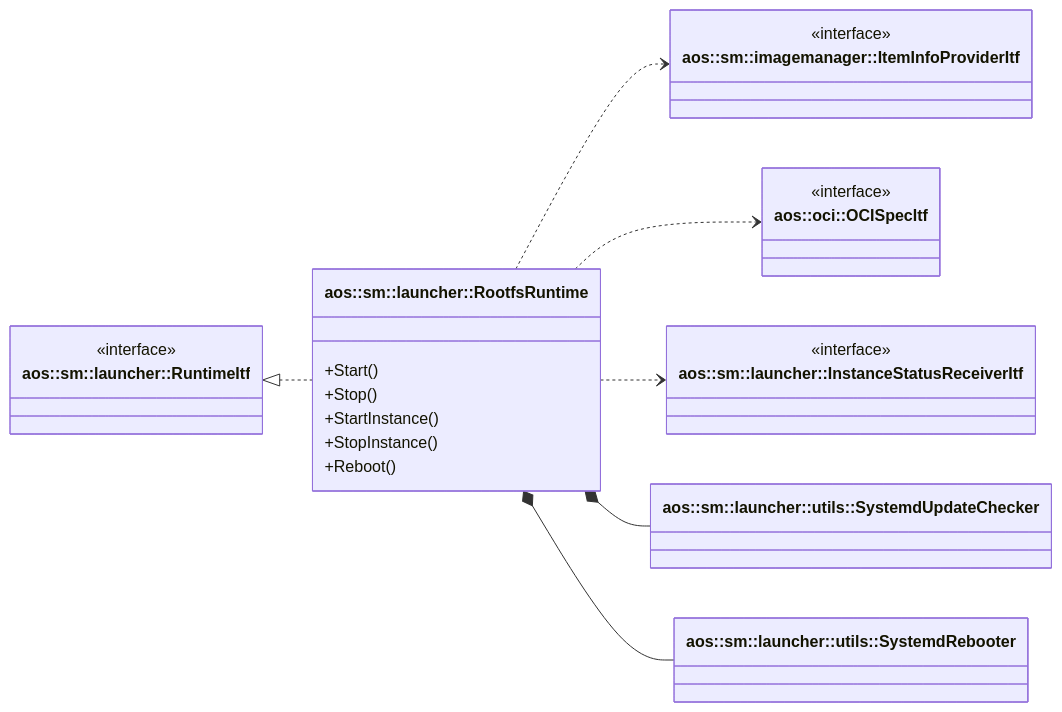
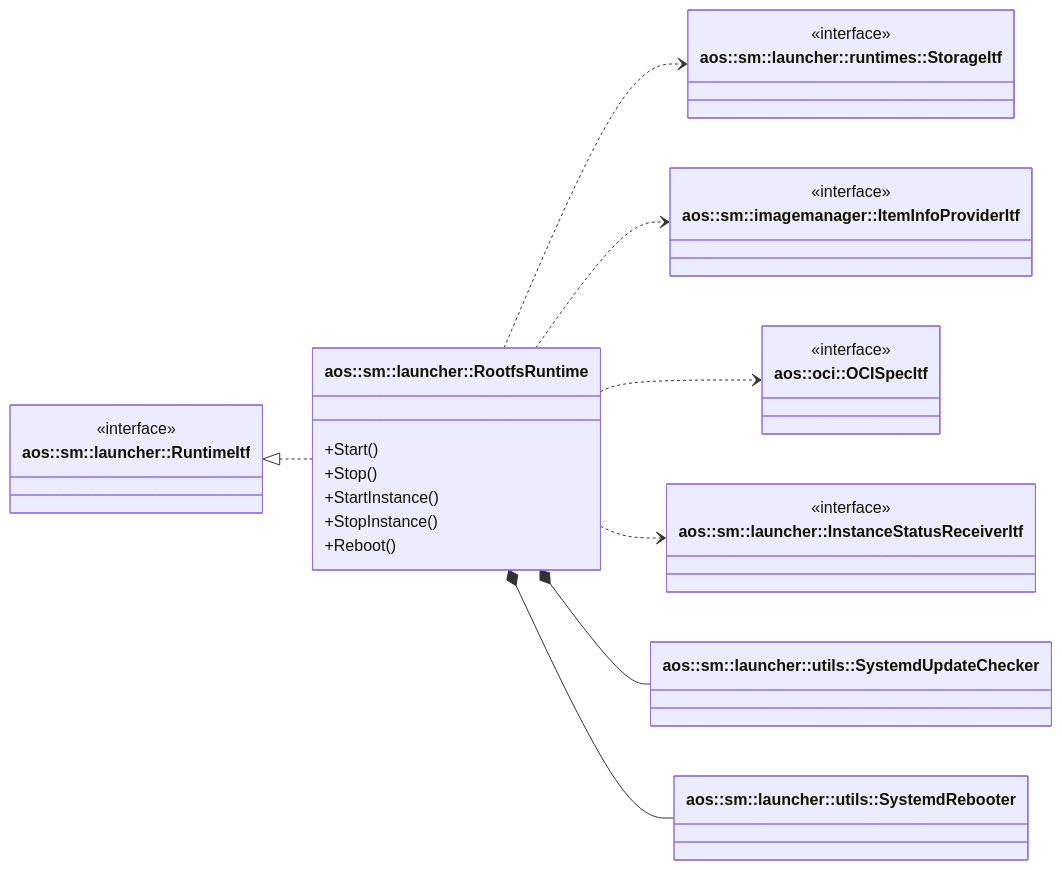
Before and after one commit to aosedge/aos_core_cpp: the first of 4 diagrams in src/sm/launcher/runtimes/rootfs/rootfs.md, drawn with Mermaid. The commit also changed other lines of this file and 15 other files, not shown here.

````diff
--- a/src/sm/launcher/runtimes/rootfs/rootfs.md
+++ b/src/sm/launcher/runtimes/rootfs/rootfs.md
@@ -38,33 +44,37 @@
 ```mermaid
 classDiagram
     direction LR
 
     class RuntimeItf ["aos::sm::launcher::RuntimeItf"] {
         <<interface>>
     }
     class RootfsRuntime ["aos::sm::launcher::RootfsRuntime"] {
         +Start()
         +Stop()
         +StartInstance()
         +StopInstance()
         +Reboot()
     }
+    class StorageItf ["aos::sm::launcher::runtimes::StorageItf"] {
+        <<interface>>
+    }
     class ItemInfoProviderItf ["aos::sm::imagemanager::ItemInfoProviderItf"] {
         <<interface>>
     }
     class OCISpecItf ["aos::oci::OCISpecItf"] {
         <<interface>>
     }
     class InstanceStatusReceiverItf ["aos::sm::launcher::InstanceStatusReceiverItf"] {
         <<interface>>
     }
     class SystemdUpdateChecker ["aos::sm::launcher::utils::SystemdUpdateChecker"]
     class SystemdRebooter ["aos::sm::launcher::utils::SystemdRebooter"]
 
     RuntimeItf <|.. RootfsRuntime
+    RootfsRuntime ..> StorageItf
     RootfsRuntime ..> ItemInfoProviderItf
     RootfsRuntime ..> OCISpecItf
     RootfsRuntime ..> InstanceStatusReceiverItf
     RootfsRuntime *-- SystemdUpdateChecker
     RootfsRuntime *-- SystemdRebooter
 ```
````
